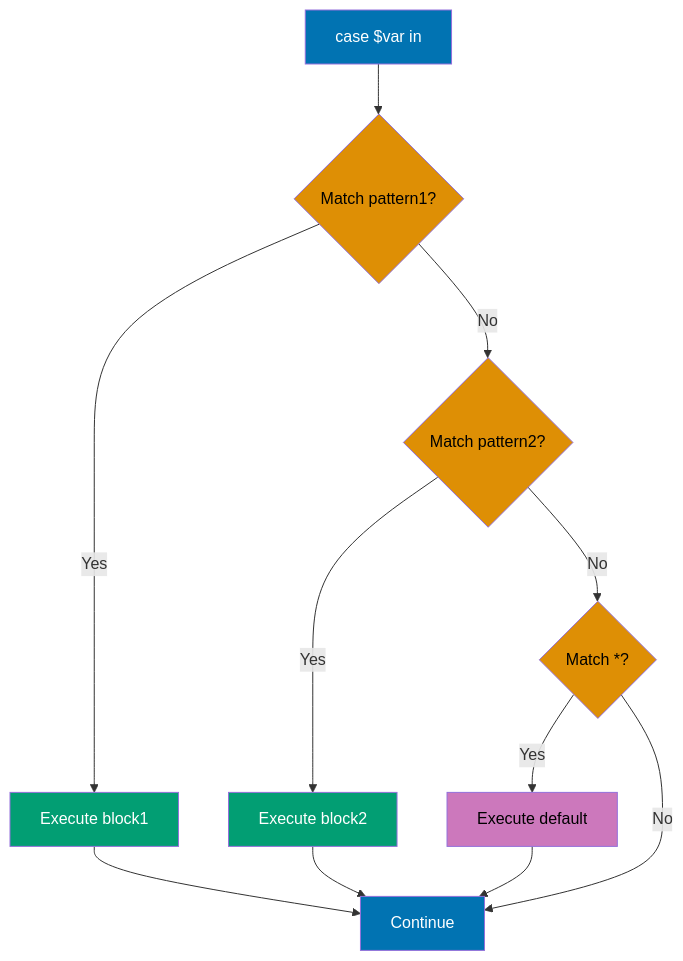
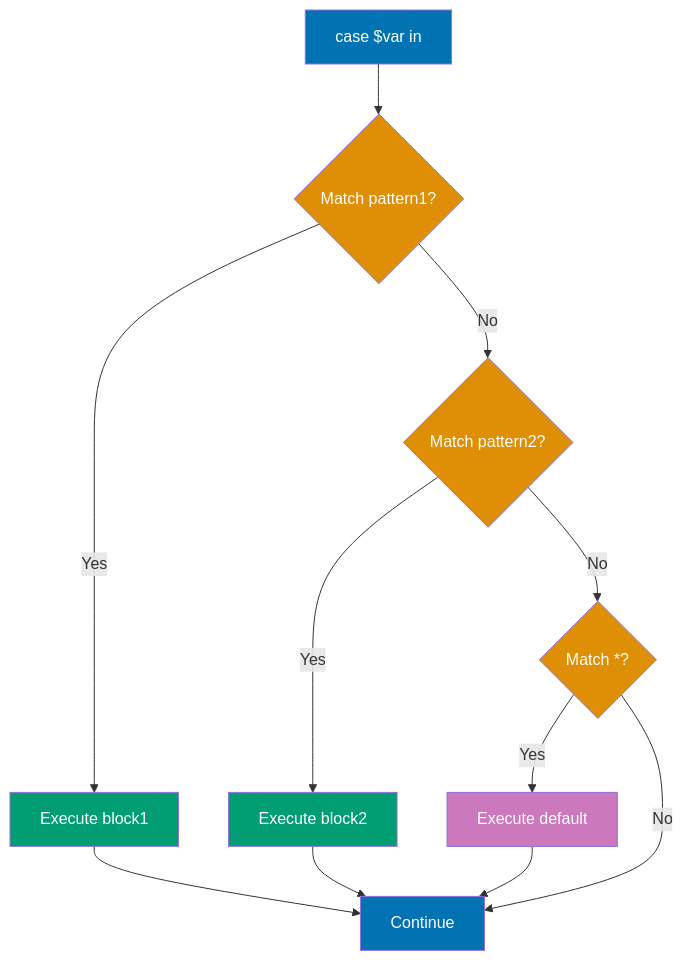
The seventh of 8 diagrams in apps/ayokoding-web/content/en/learn/software-engineering/platform-linux/tools/shell/by-example/beginner.md (wahidyankf/open-sharia-enterprise), drawn with Mermaid before and after one commit. The commit also changed other lines of this file and 61 other files, not shown here.

First line of the commit message:
fix(ayokoding-web): quote Mermaid node labels with special characters in Example 63

````diff
--- a/apps/ayokoding-web/content/en/learn/software-engineering/platform-linux/tools/shell/by-example/beginner.md
+++ b/apps/ayokoding-web/content/en/learn/software-engineering/platform-linux/tools/shell/by-example/beginner.md
@@ -1788,23 +1788,23 @@
 ```mermaid
 %% Case statement flow
 graph TD
     A[case $var in] --> B{Match pattern1?}
     B -->|Yes| C[Execute block1]
     B -->|No| D{Match pattern2?}
     D -->|Yes| E[Execute block2]
     D -->|No| F{Match *?}
     F -->|Yes| G[Execute default]
     F -->|No| H[Continue]
     C --> H
     E --> H
     G --> H
 
     style A fill:#0173B2,color:#fff
-    style B fill:#DE8F05,color:#000
+    style B fill:#DE8F05,color:#fff
     style C fill:#029E73,color:#fff
-    style D fill:#DE8F05,color:#000
+    style D fill:#DE8F05,color:#fff
     style E fill:#029E73,color:#fff
-    style F fill:#DE8F05,color:#000
-    style G fill:#CC78BC,color:#000
+    style F fill:#DE8F05,color:#fff
+    style G fill:#CC78BC,color:#fff
     style H fill:#0173B2,color:#fff
 ```
````
